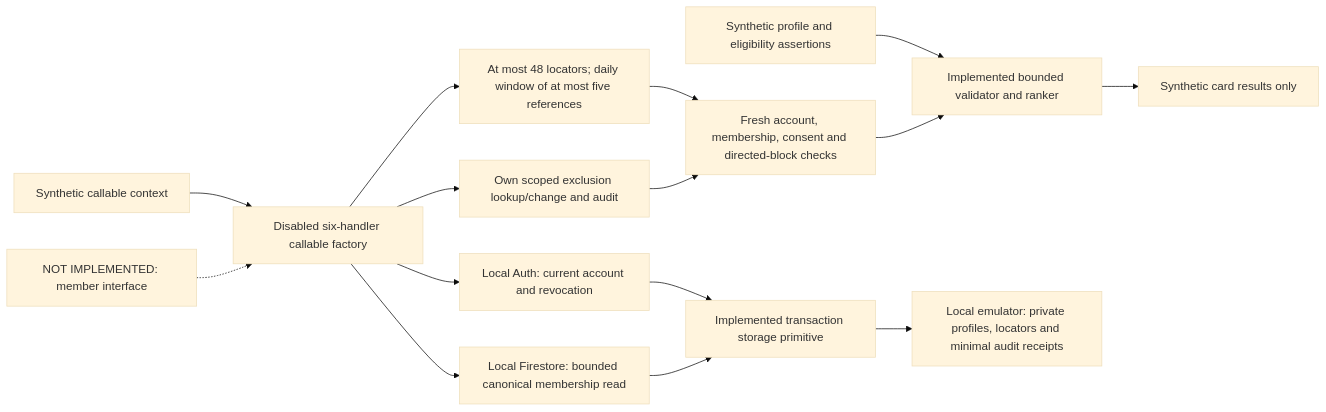
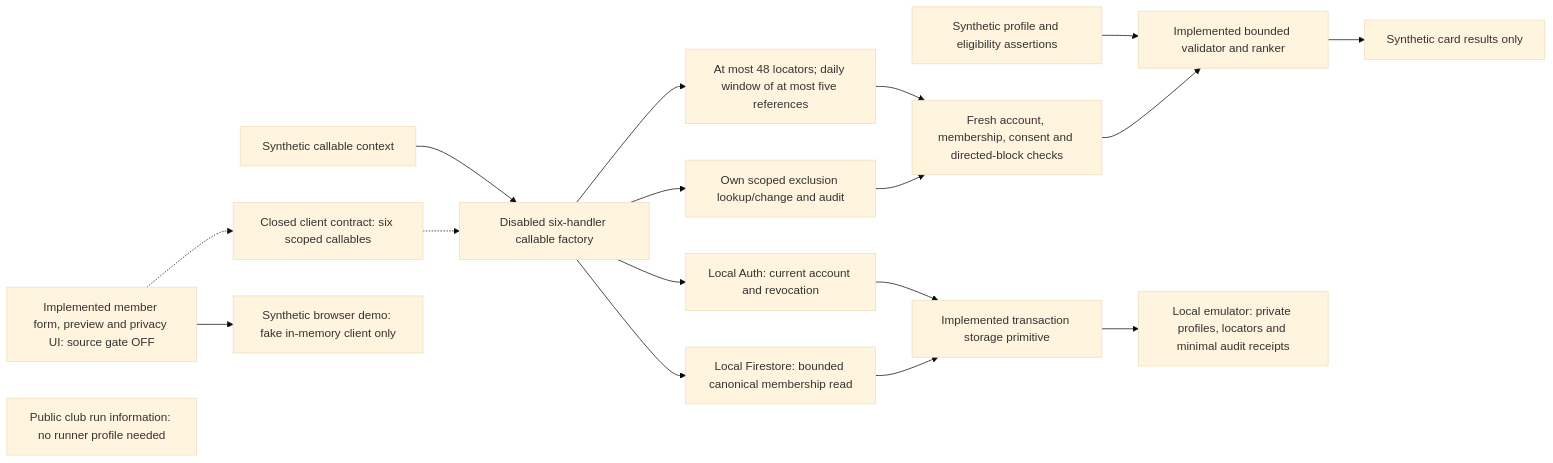
Before and after one commit to Run-MPRC/Run-MPRC.github.io: the diagram in docs/RUNNER_CONNECTIONS.md, drawn with Mermaid (base theme). The commit also changed other lines of this file and 18 other files, not shown here.

Commit message:
feat: add disabled opt-in runner connection interface

````diff
--- a/docs/RUNNER_CONNECTIONS.md
+++ b/docs/RUNNER_CONNECTIONS.md
@@ -211,17 +252,20 @@
 ```mermaid
 flowchart LR
   Fixture["Synthetic profile and eligibility assertions"] --> Core["Implemented bounded validator and ranker"]
   Core --> Cards["Synthetic card results only"]
   Commands["Synthetic callable context"] --> Service["Disabled six-handler callable factory"]
   Service --> Auth["Local Auth: current account and revocation"]
   Service --> Membership["Local Firestore: bounded canonical membership read"]
   Auth --> Store["Implemented transaction storage primitive"]
   Membership --> Store
   Store --> Private["Local emulator: private profiles, locators and minimal audit receipts"]
   Service --> Window["At most 48 locators; daily window of at most five references"]
   Window --> Recheck["Fresh account, membership, consent and directed-block checks"]
   Recheck --> Core
   Service --> Controls["Own scoped exclusion lookup/change and audit"]
   Controls --> Recheck
-  Future["NOT IMPLEMENTED: member interface"] -.-> Service
+  UI["Implemented member form, preview and privacy UI: source gate OFF"] -.-> Client["Closed client contract: six scoped callables"]
+  Client -.-> Service
+  UI --> Demo["Synthetic browser demo: fake in-memory client only"]
+  Public["Public club run information: no runner profile needed"]
 ```
````
